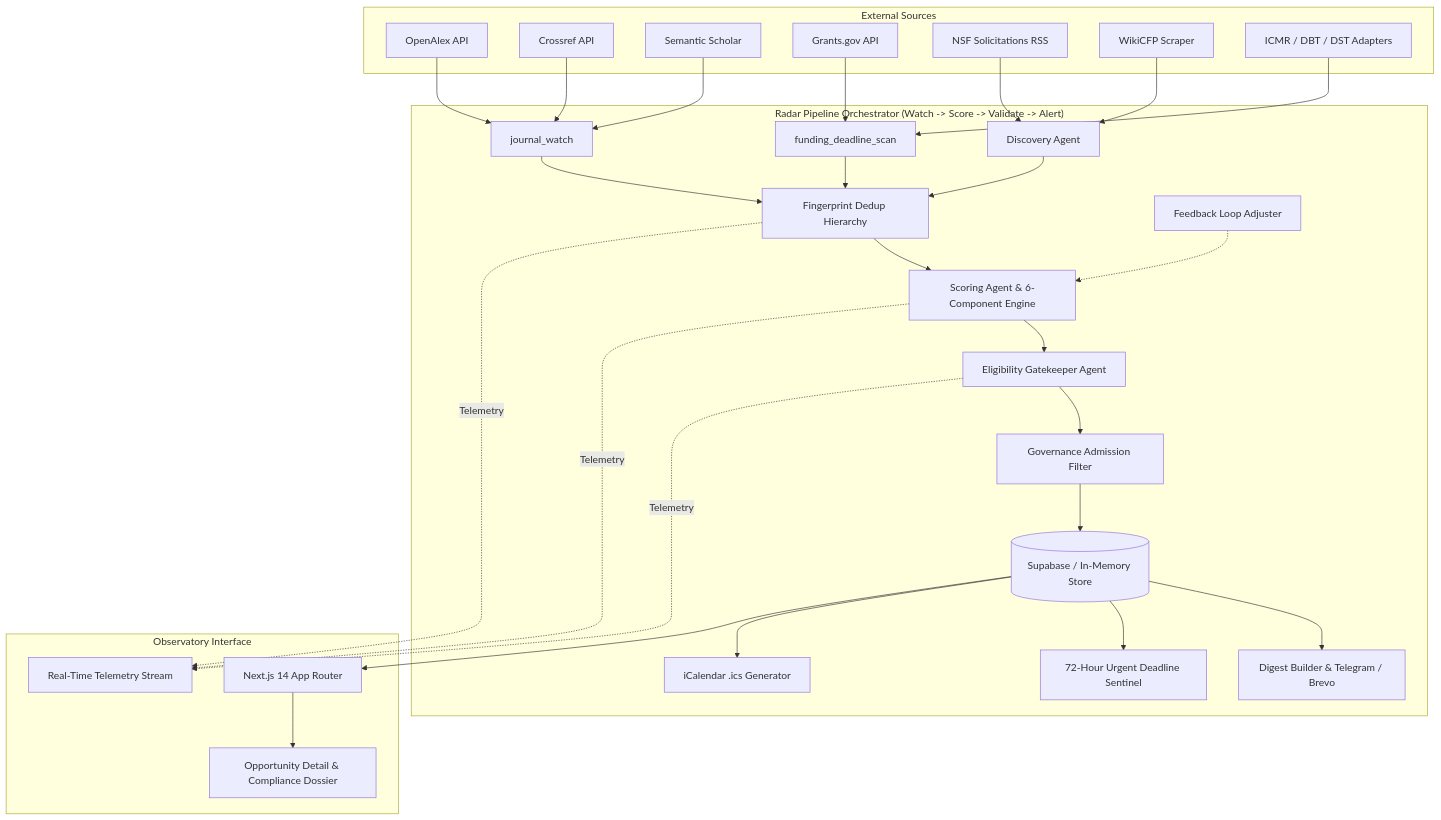
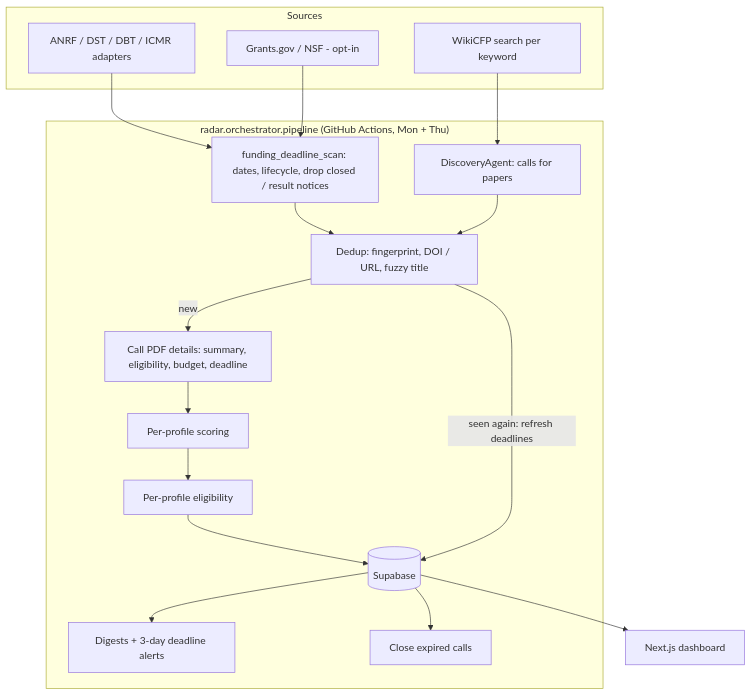
The diagram in README.md (baba-the-beast/research-opportunity-radar), drawn with Mermaid before and after one commit. The commit also changed other lines of this file and 4 other files, not shown here.

````diff
--- a/README.md
+++ b/README.md
@@ -24,64 +29,31 @@
 ```mermaid
 flowchart TD
-    subgraph External Sources
-        OA[OpenAlex API]
-        CR[Crossref API]
-        S2[Semantic Scholar]
-        GG[Grants.gov API]
-        NSF[NSF Solicitations RSS]
-        WCFP[WikiCFP Scraper]
-        IND[ICMR / DBT / DST Adapters]
+    subgraph Sources
+        IND[ANRF / DST / DBT / ICMR adapters]
+        WCFP[WikiCFP search per keyword]
+        US[Grants.gov / NSF - opt-in]
     end
 
-    subgraph "Radar Pipeline Orchestrator (Watch -> Score -> Validate -> Alert)"
-        DISC[Discovery Agent]
-        JW[journal_watch]
-        FDS[funding_deadline_scan]
-        
-        DEDUP[Fingerprint Dedup Hierarchy]
-        SCORE[Scoring Agent & 6-Component Engine]
-        FEEDBACK[Feedback Loop Adjuster]
-        GATE[Eligibility Gatekeeper Agent]
-        GOV[Governance Admission Filter]
-        
-        DB[(Supabase / In-Memory Store)]
-        
-        ALERT[Digest Builder & Telegram / Brevo]
-        SENTINEL[72-Hour Urgent Deadline Sentinel]
-        ICS[iCalendar .ics Generator]
+    subgraph "radar.orchestrator.pipeline (GitHub Actions, Mon + Thu)"
+        FDS[funding_deadline_scan: dates, lifecycle, drop closed / result notices]
+        DISC[DiscoveryAgent: calls for papers]
+        DEDUP[Dedup: fingerprint, DOI / URL, fuzzy title]
+        PDF[Call PDF details: summary, eligibility, budget, deadline]
+        SCORE[Per-profile scoring]
+        GATE[Per-profile eligibility]
+        DB[(Supabase)]
+        ALERT[Digests + 3-day deadline alerts]
+        CLOSE[Close expired calls]
     end
 
-    subgraph "Observatory Interface"
-        NEXT[Next.js 14 App Router]
-        SSE[Real-Time Telemetry Stream]
-        DOSSIER[Opportunity Detail & Compliance Dossier]
-    end
-
-    OA --> JW
-    CR --> JW
-    S2 --> JW
-    GG --> FDS
     IND --> FDS
-    NSF --> DISC
+    US --> FDS
     WCFP --> DISC
-
-    JW --> DEDUP
     FDS --> DEDUP
     DISC --> DEDUP
-
-    DEDUP --> SCORE
-    FEEDBACK -.-> SCORE
-    SCORE --> GATE
-    GATE --> GOV
-    GOV --> DB
-
+    DEDUP -->|new| PDF --> SCORE --> GATE --> DB
+    DEDUP -->|seen again: refresh deadlines| DB
     DB --> ALERT
-    DB --> SENTINEL
-    DB --> ICS
-
-    DB --> NEXT
-    DEDUP -. Telemetry .-> SSE
-    SCORE -. Telemetry .-> SSE
-    GATE -. Telemetry .-> SSE
-    NEXT --> DOSSIER
+    DB --> CLOSE
+    DB --> WEB[Next.js dashboard]
 ```
````
